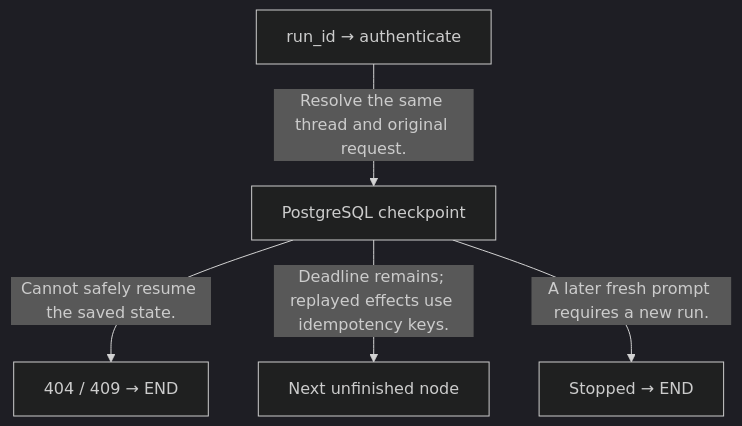
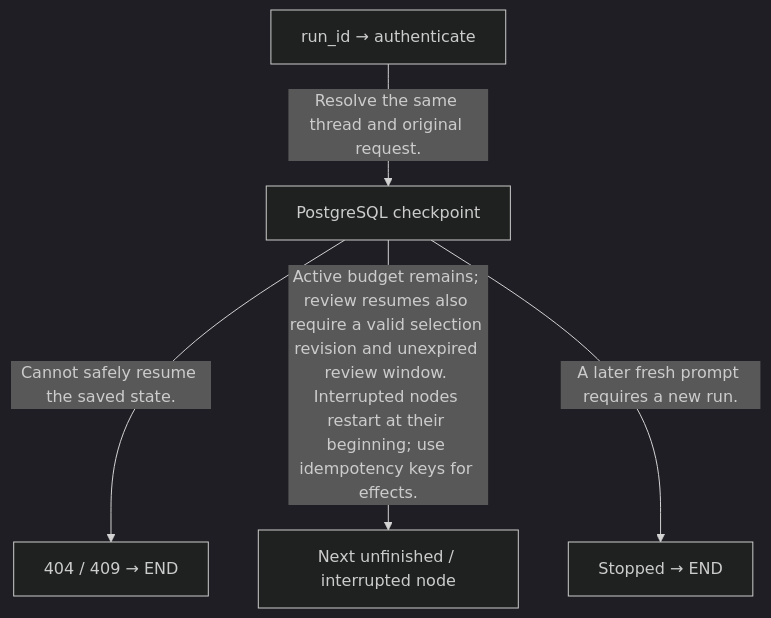
One commit to ByronHo68/ai-learning-academy changed the eighth of 11 diagrams in public/downloads/financial-report-development-proposal.md. Above: the diagram before and after it, drawn with Mermaid (dark theme). The commit also changed other lines of this file and 64 other files, not shown here.

````diff
--- a/public/downloads/financial-report-development-proposal.md
+++ b/public/downloads/financial-report-development-proposal.md
@@ -2466,12 +2686,12 @@
 ```mermaid
 flowchart TD
   n0["run_id → authenticate"]
   n1["PostgreSQL checkpoint"]
   n2["404 / 409 → END"]
-  n3["Next unfinished node"]
+  n3["Next unfinished / interrupted node"]
   n4["Stopped → END"]
   n0 -->|"Resolve the same thread and original request."| n1
   n1 -->|"Cannot safely resume the saved state."| n2
-  n1 -->|"Deadline remains; replayed effects use idempotency keys."| n3
+  n1 -->|"Active budget remains; review resumes also require a valid selection revision and unexpired review window. Interrupted nodes restart at their beginning; use idempotency keys for effects."| n3
   n1 -->|"A later fresh prompt requires a new run."| n4
 ```
````
